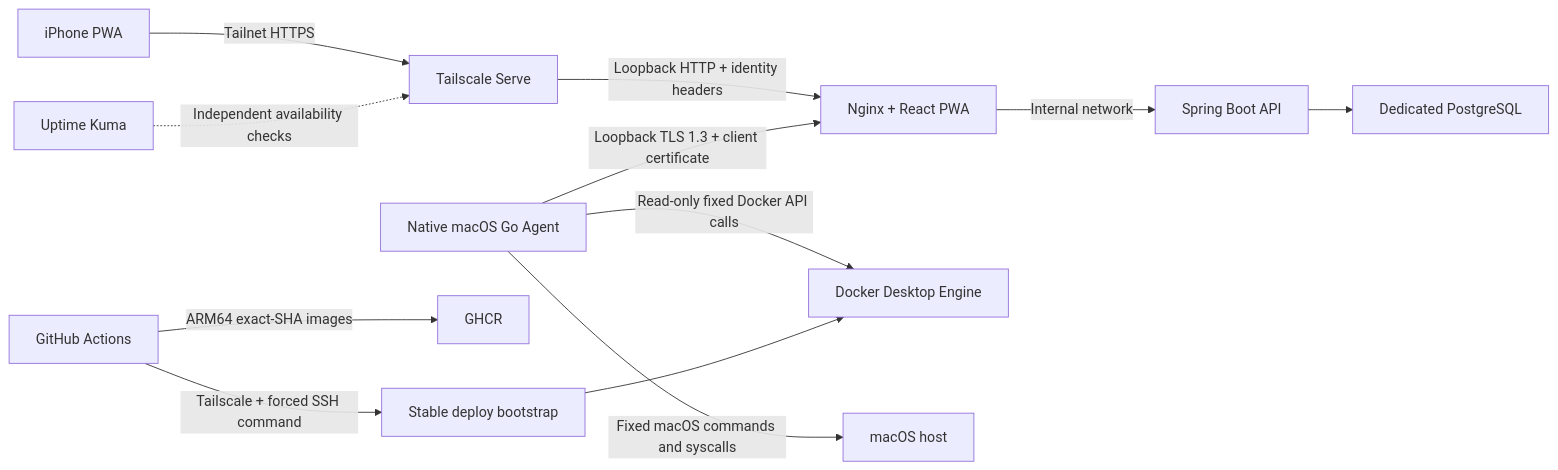
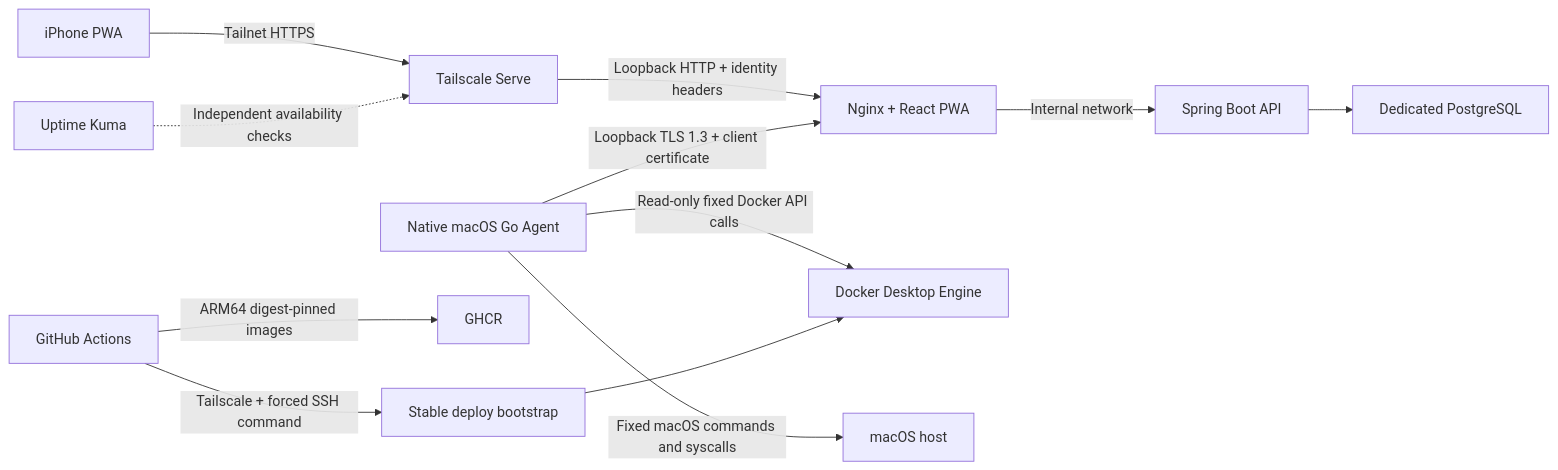
Before and after one commit to xxh3898/homeops: the diagram in docs/architecture.md, drawn with Mermaid. The commit also changed other lines of this file and 10 other files, not shown here.

````diff
--- a/docs/architecture.md
+++ b/docs/architecture.md
@@ -11,14 +11,14 @@
 ```mermaid
 flowchart LR
     phone["iPhone PWA"] -->|"Tailnet HTTPS"| serve["Tailscale Serve"]
     serve -->|"Loopback HTTP + identity headers"| web["Nginx + React PWA"]
     web -->|"Internal network"| api["Spring Boot API"]
     api --> db["Dedicated PostgreSQL"]
     agent["Native macOS Go Agent"] -->|"Loopback TLS 1.3 + client certificate"| web
     agent -->|"Read-only fixed Docker API calls"| docker["Docker Desktop Engine"]
     agent -->|"Fixed macOS commands and syscalls"| mac["macOS host"]
-    actions["GitHub Actions"] -->|"ARM64 exact-SHA images"| ghcr["GHCR"]
+    actions["GitHub Actions"] -->|"ARM64 digest-pinned images"| ghcr["GHCR"]
     actions -->|"Tailscale + forced SSH command"| bootstrap["Stable deploy bootstrap"]
     bootstrap --> docker
     kuma["Uptime Kuma"] -.->|"Independent availability checks"| serve
 ```
````
